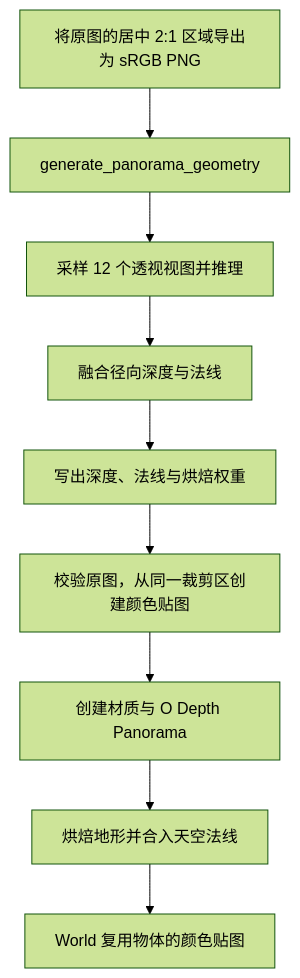
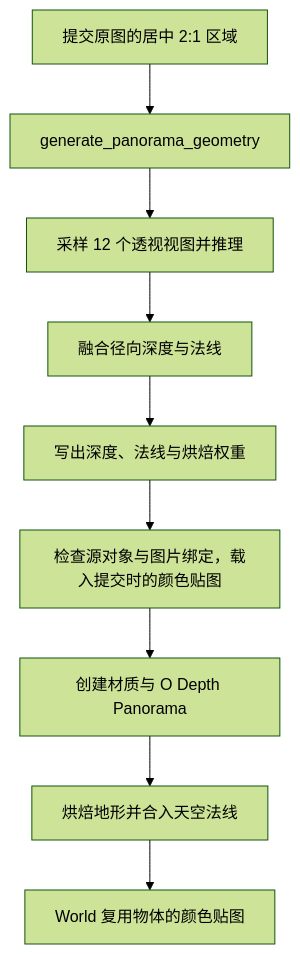
The diagram in docs/develop/operators/convert-to-panorama.md (OmooLab/AnyImage), drawn with Mermaid (forest theme) before and after one commit. The commit also changed other lines of this file and 145 other files, not shown here.

````diff
--- a/docs/develop/operators/convert-to-panorama.md
+++ b/docs/develop/operators/convert-to-panorama.md
@@ -5,11 +5,11 @@
 ```mermaid
 flowchart TD
-    A["将原图的居中 2:1 区域导出为 sRGB PNG"] --> B[generate_panorama_geometry]
+    A["提交原图的居中 2:1 区域"] --> B[generate_panorama_geometry]
     B --> C[采样 12 个透视视图并推理]
     C --> D[融合径向深度与法线]
     D --> E[写出深度、法线与烘焙权重]
-    E --> color[校验原图，从同一裁剪区创建颜色贴图]
+    E --> color[检查源对象与图片绑定，载入提交时的颜色贴图]
     color --> F[创建材质与 O Depth Panorama]
     F --> G[烘焙地形并合入天空法线]
     G --> H[World 复用物体的颜色贴图]
 ```
````
